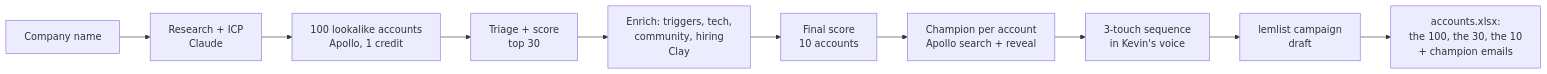
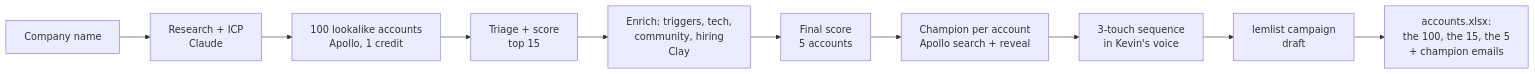
Before and after one commit to bkevin04/Outbound-Agent: the diagram in README.md, drawn with Mermaid. The commit also changed other lines of this file and 20 other files, not shown here.

````diff
--- a/README.md
+++ b/README.md
@@ -5,12 +5,12 @@
 ```mermaid
 flowchart LR
   A[Company name] --> B[Research + ICP<br/>Claude]
   B --> C[100 lookalike accounts<br/>Apollo, 1 credit]
-  C --> D[Triage + score<br/>top 30]
+  C --> D[Triage + score<br/>top 15]
   D --> E[Enrich: triggers, tech,<br/>community, hiring<br/>Clay]
-  E --> F[Final score<br/>10 accounts]
+  E --> F[Final score<br/>5 accounts]
   F --> G[Champion per account<br/>Apollo search + reveal]
   G --> H[3-touch sequence<br/>in Kevin's voice]
   H --> I[lemlist campaign<br/>draft]
-  I --> J[accounts.xlsx:<br/>the 100, the 30, the 10<br/>+ champion emails]
+  I --> J[accounts.xlsx:<br/>the 100, the 15, the 5<br/>+ champion emails]
 ```
````
